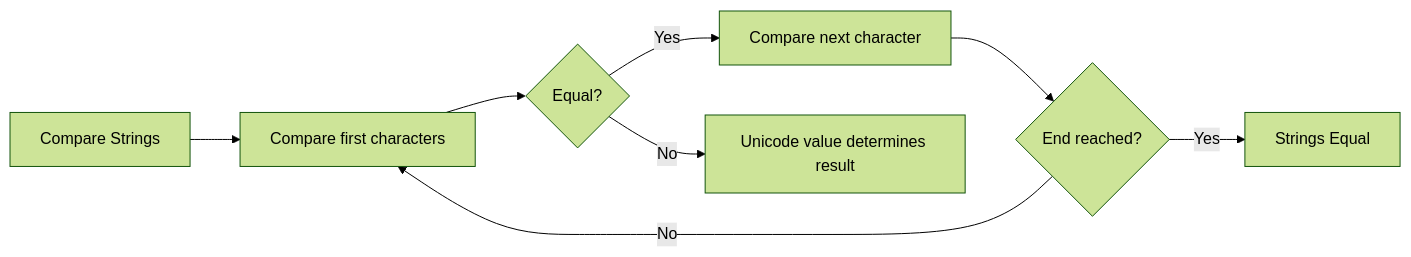
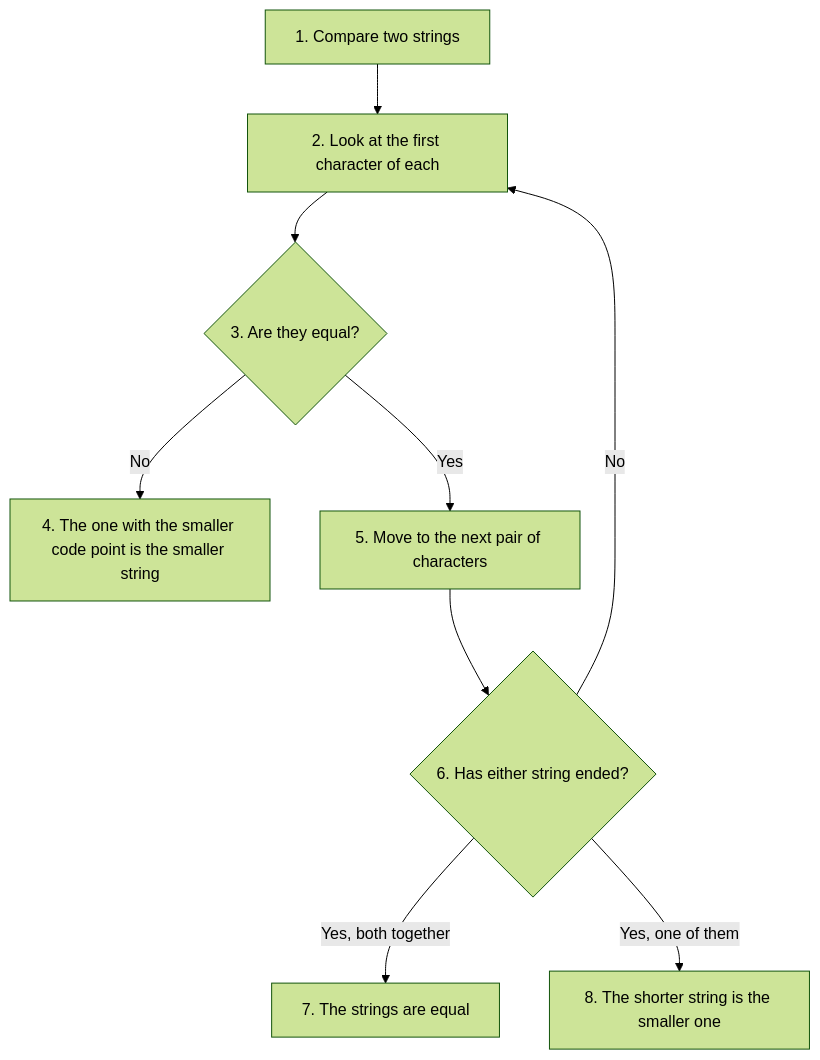
The tenth of 18 diagrams in docs/17-strings/080-ch17-conceptual-qa.md (ag999git/001-mkdocs), drawn with Mermaid (forest theme) before and after one commit. The commit also changed other lines of this file, not shown here.

````diff
--- a/docs/17-strings/080-ch17-conceptual-qa.md
+++ b/docs/17-strings/080-ch17-conceptual-qa.md
@@ -1400,19 +2780,11 @@
 ```mermaid
-flowchart LR
-
-A["Compare Strings"]
-
-A --> B["Compare first characters"]
-
-B --> C{"Equal?"}
-
-C -->|Yes| D["Compare next character"]
-
-C -->|No| E["Unicode value determines result"]
-
-D --> F{"End reached?"}
-
-F -->|Yes| G["Strings Equal"]
-
-F -->|No| B
+flowchart TD
+    A["1. Compare two strings"] --> B["2. Look at the first character of each"]
+    B --> C{"3. Are they equal?"}
+    C -->|"No"| D["4. The one with the smaller code point is the smaller string"]
+    C -->|"Yes"| E["5. Move to the next pair of characters"]
+    E --> F{"6. Has either string ended?"}
+    F -->|"No"| B
+    F -->|"Yes, both together"| G["7. The strings are equal"]
+    F -->|"Yes, one of them"| H["8. The shorter string is the smaller one"]
 ```
````
